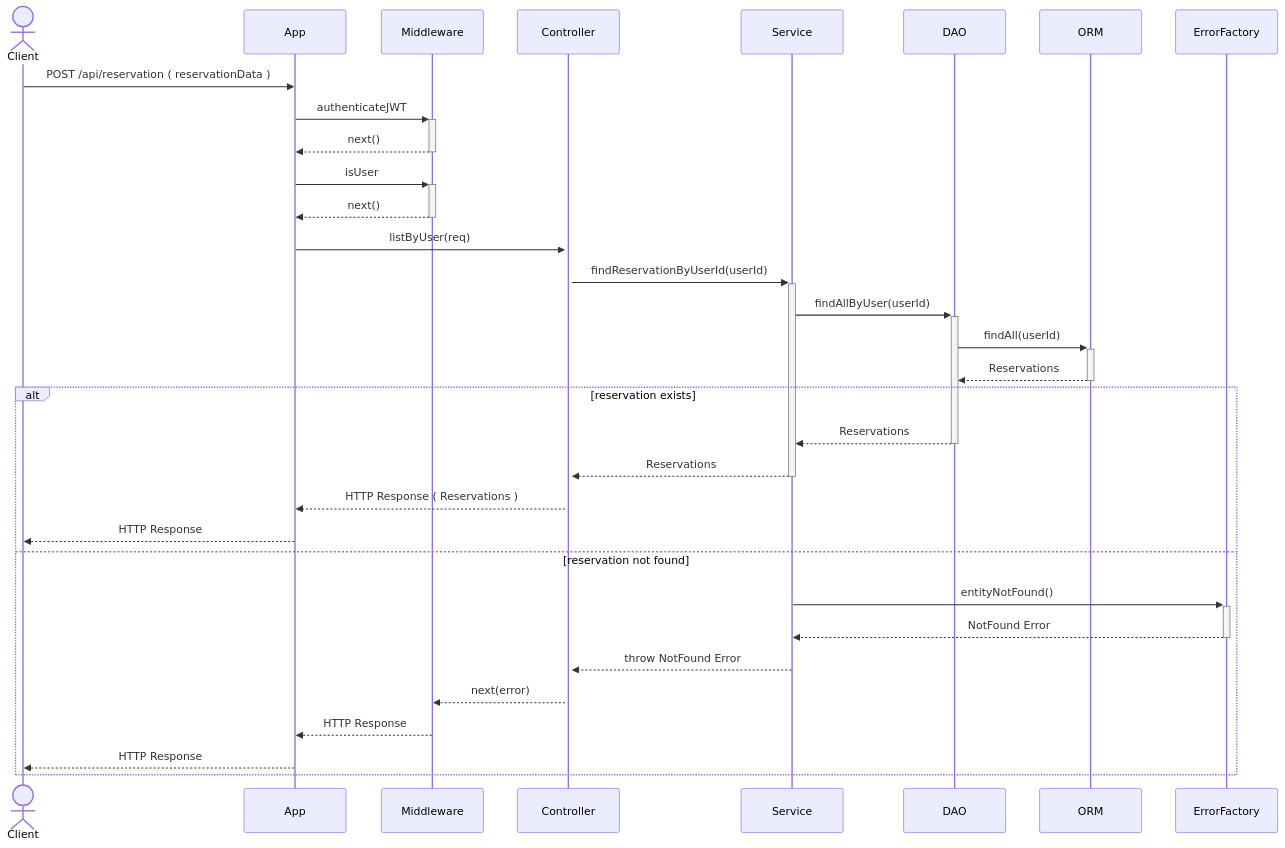
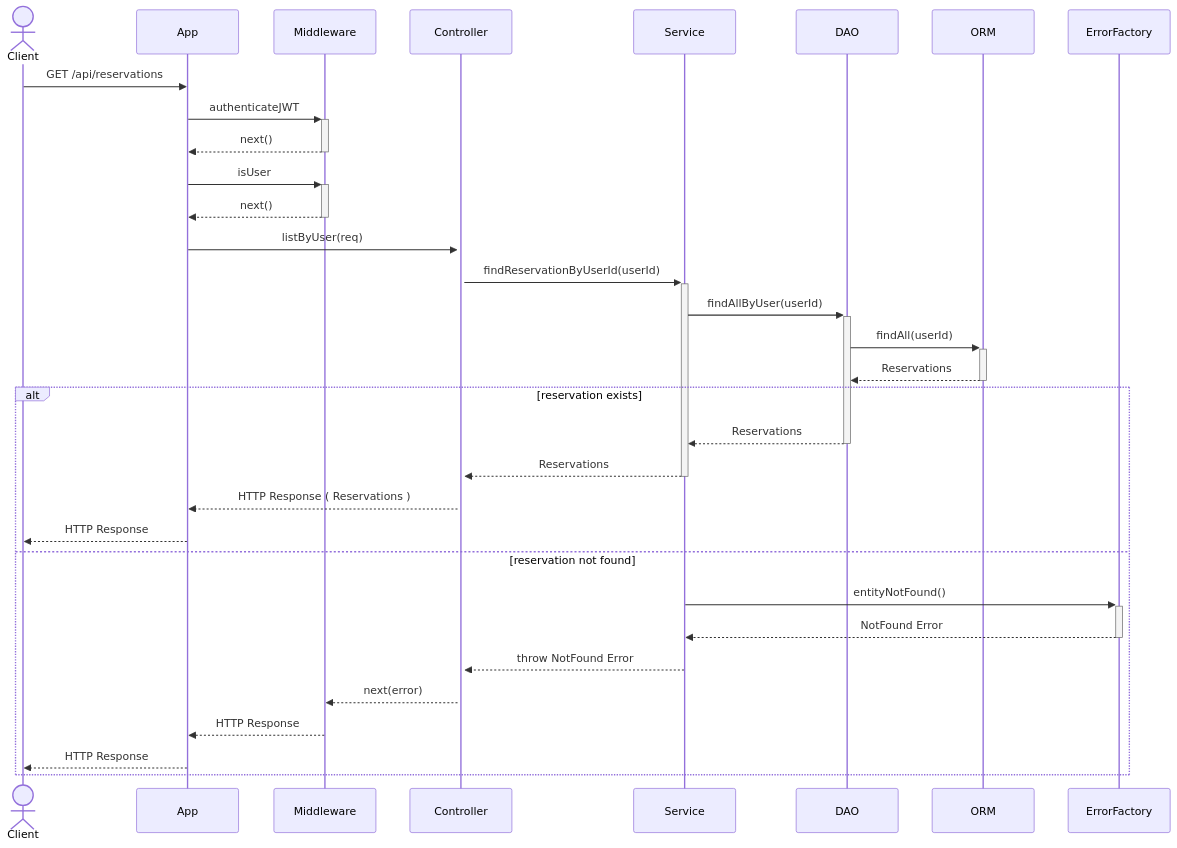
Before and after one commit to niccolociotti/parking_PA: the fifth of 7 diagrams in README.md, drawn with Mermaid. The commit also changed other lines of this file, not shown here.

````diff
--- a/README.md
+++ b/README.md
@@ -430,35 +445,35 @@
 ```mermaid
 sequenceDiagram
     actor Client
     participant App
     participant Middleware
     participant Controller
     participant Service
     participant DAO
     participant ORM
     participant ErrorFactory
 
-    Client->>App: POST /api/reservation ( reservationData )
+    Client->>App: GET /api/reservations 
     App->>+Middleware: authenticateJWT
     Middleware-->>-App: next()
     App->>+Middleware: isUser
     Middleware-->>-App: next()
     App->>+Controller: listByUser(req)
     Controller->>+Service: findReservationByUserId(userId)
         Service->>+DAO: findAllByUser(userId)
         DAO->>+ORM: findAll(userId)
         ORM-->>-DAO: Reservations
         alt reservation exists
             DAO-->>-Service: Reservations
             Service-->>-Controller: Reservations
             Controller-->>App: HTTP Response ( Reservations )
             App-->>Client: HTTP Response
             else reservation not found
                 Service->>+ErrorFactory: entityNotFound()
                 ErrorFactory-->>-Service: NotFound Error
                 Service-->>Controller: throw NotFound Error
                 Controller-->>Middleware: next(error)
                 Middleware-->>App: HTTP Response
                 App-->>Client: HTTP Response
     end
 ```
````
